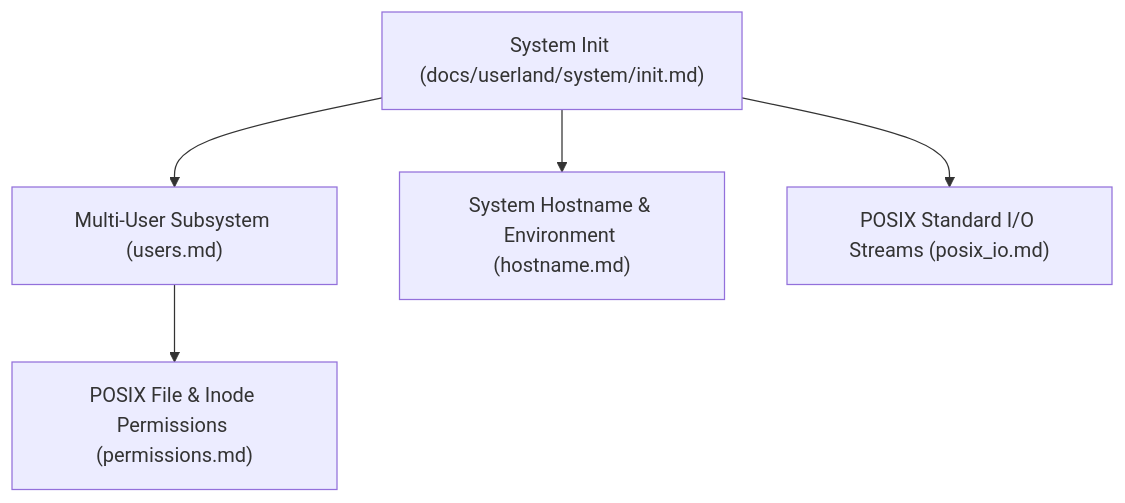
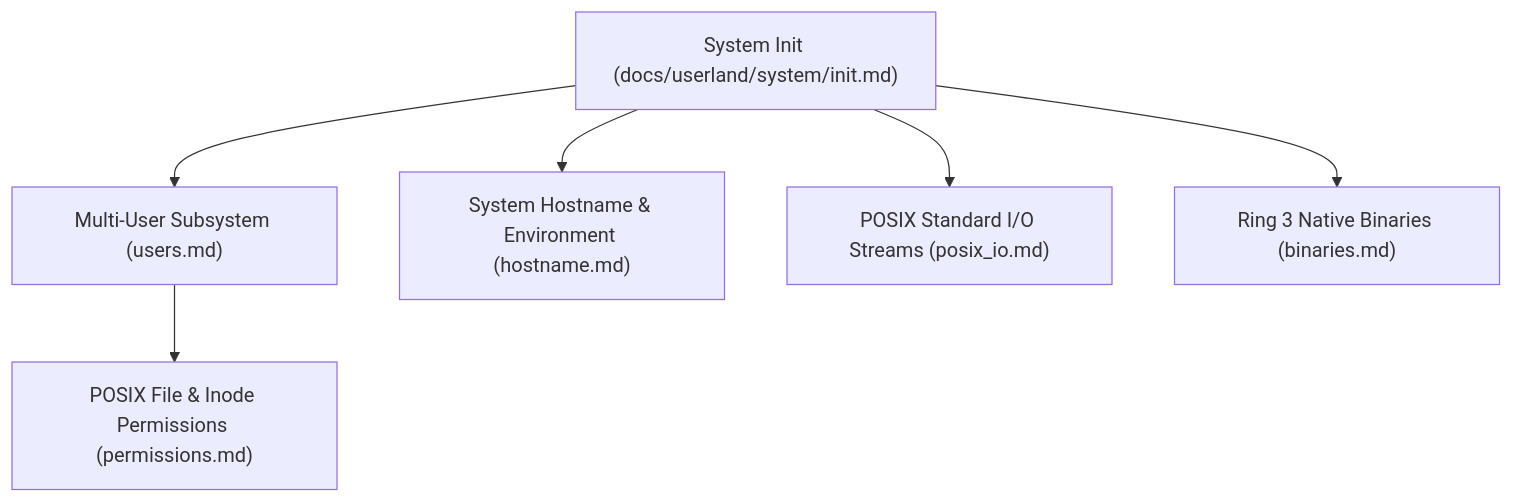
Before and after one commit to mrvlous/keira: the diagram in docs/userland/system/README.md, drawn with Mermaid. The commit also changed other lines of this file and 8 other files, not shown here.

````diff
--- a/docs/userland/system/README.md
+++ b/docs/userland/system/README.md
@@ -11,7 +11,8 @@
 ```mermaid
 graph TD
     Init["System Init (docs/userland/system/init.md)"] --> MultiUser["Multi-User Subsystem (users.md)"]
     MultiUser --> Perms["POSIX File & Inode Permissions (permissions.md)"]
     Init --> Host["System Hostname & Environment (hostname.md)"]
     Init --> POSIXIO["POSIX Standard I/O Streams (posix_io.md)"]
+    Init --> Binaries["Ring 3 Native Binaries (binaries.md)"]
 ```
````
